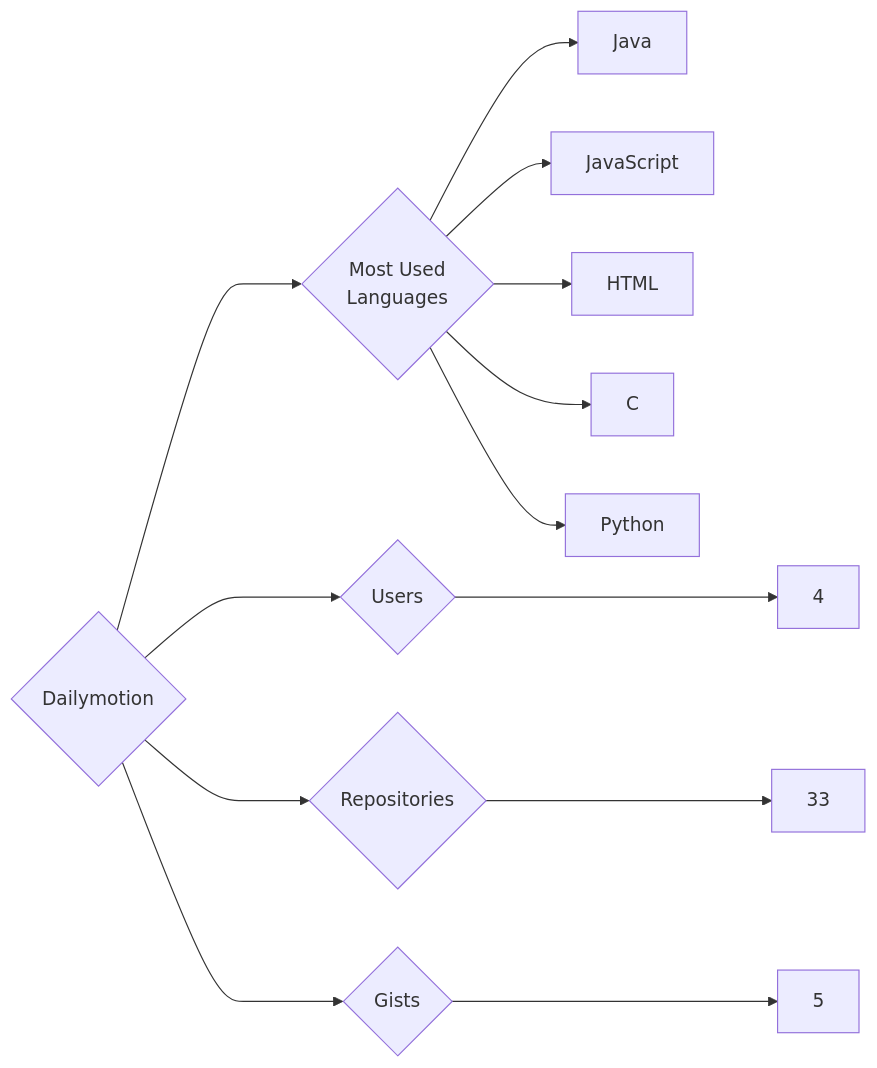
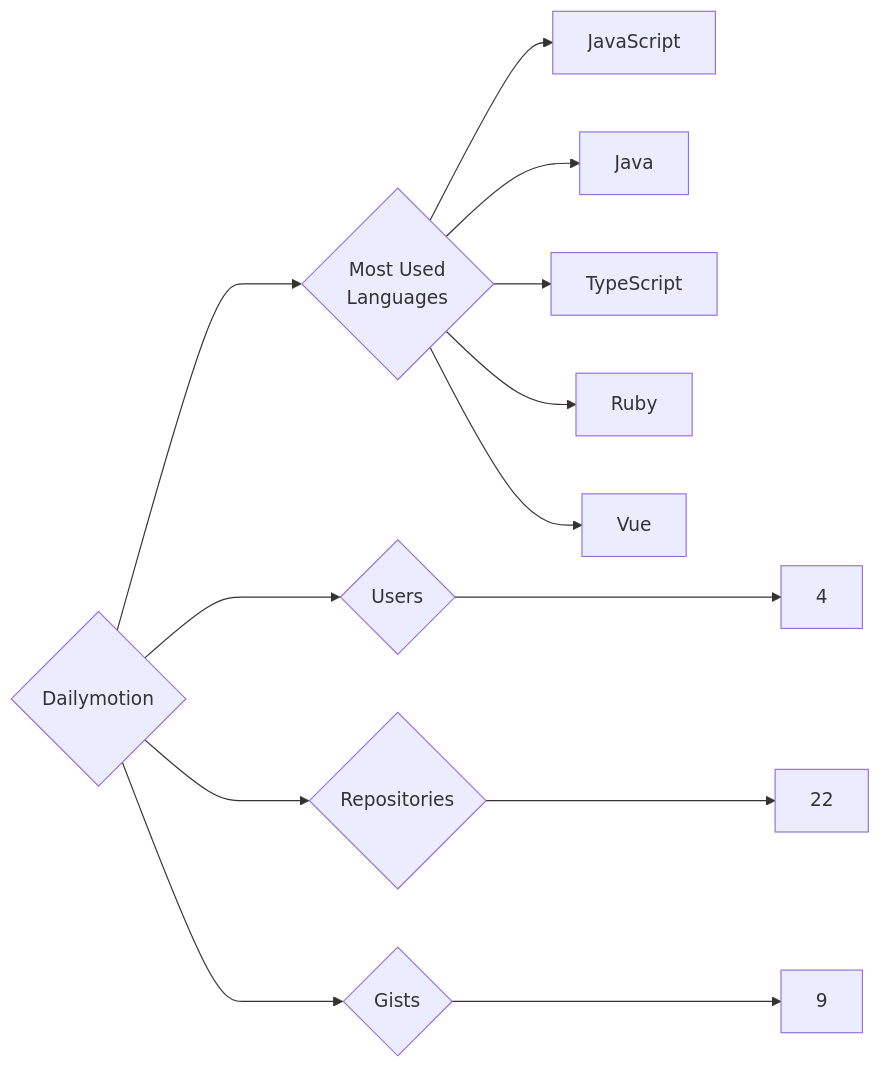
One commit to trickest/insiders changed the diagram in targets/Dailymotion/README.md. Above: the diagram before and after it, drawn with Mermaid. The commit also changed 859 other files, not shown here.

````diff
--- a/targets/Dailymotion/README.md
+++ b/targets/Dailymotion/README.md
@@ -3,13 +3,13 @@
 ```mermaid
 graph LR
 COMPANY_NAME{Dailymotion}
 COMPANY_NAME ---> U{Users} ---> UN[4]
-COMPANY_NAME ---> R{Repositories} ---> RN[33]
-COMPANY_NAME ---> G{Gists} ---> GN[5]
+COMPANY_NAME ---> R{Repositories} ---> RN[22]
+COMPANY_NAME ---> G{Gists} ---> GN[9]
 COMPANY_NAME ---> ML{Most Used<br>Languages}
+ML --> JavaScript[JavaScript]
 ML --> Java[Java]
-ML --> JavaScript[JavaScript]
-ML --> HTML[HTML]
-ML --> C[C]
-ML --> Python[Python]
+ML --> TypeScript[TypeScript]
+ML --> Ruby[Ruby]
+ML --> Vue[Vue]
 ```
````
